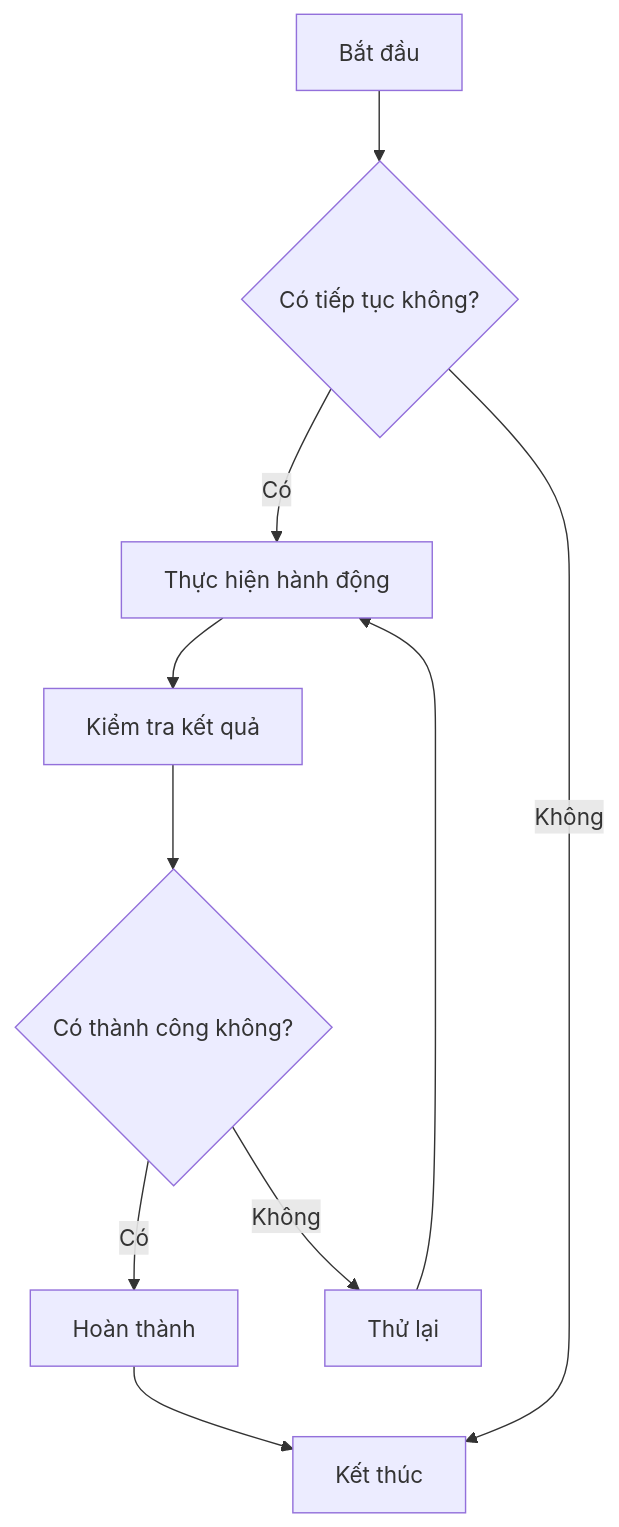
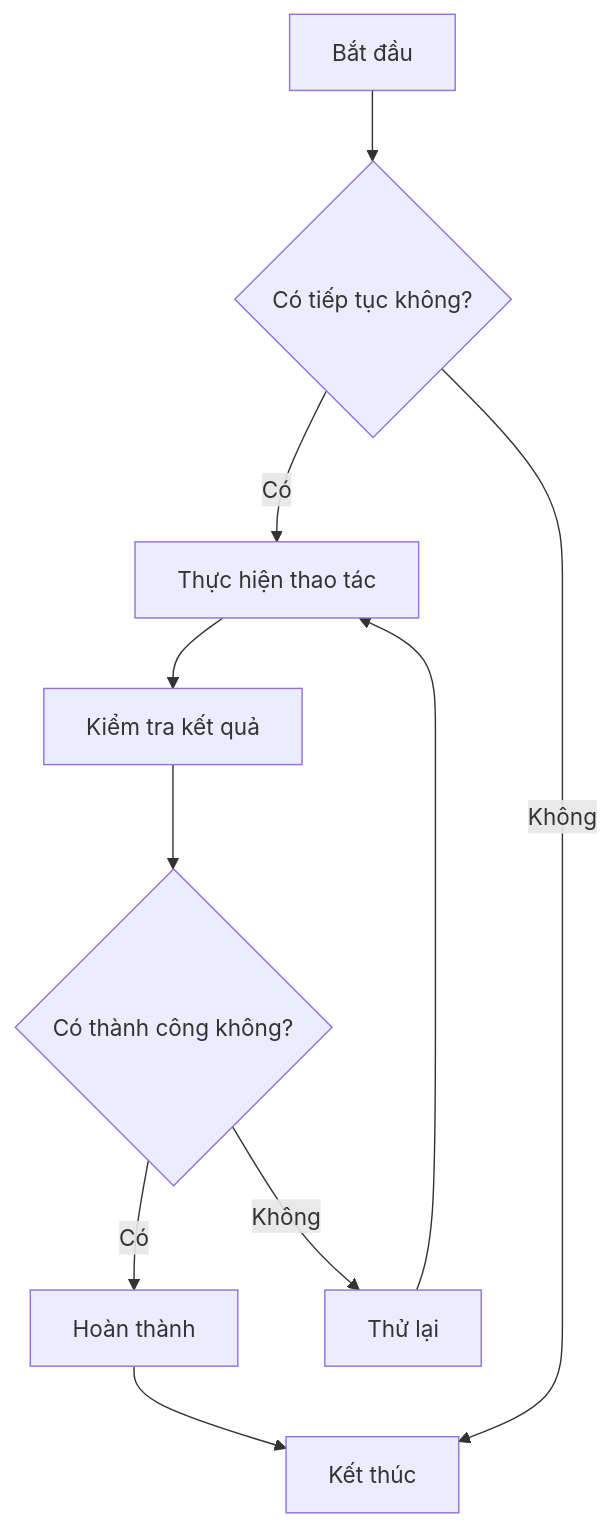
Before and after one commit to zccz14/CZON: the first of 7 diagrams in .czon/src/vi-VN/8938d6aac9c056c06137a041b8e82379bfb619bb6d435b9ecec515337dd0cd69.md, drawn with Mermaid. The commit also changed other lines of this file and 148 other files, not shown here.

````diff
--- a/.czon/src/vi-VN/8938d6aac9c056c06137a041b8e82379bfb619bb6d435b9ecec515337dd0cd69.md
+++ b/.czon/src/vi-VN/8938d6aac9c056c06137a041b8e82379bfb619bb6d435b9ecec515337dd0cd69.md
@@ -23,12 +22,12 @@
 ```mermaid
 graph TD
     A[Bắt đầu] --> B{Có tiếp tục không?}
-    B -->|Có| C[Thực hiện hành động]
+    B -->|Có| C[Thực hiện thao tác]
     B -->|Không| D[Kết thúc]
     C --> E[Kiểm tra kết quả]
     E --> F{Có thành công không?}
     F -->|Có| G[Hoàn thành]
     F -->|Không| H[Thử lại]
     H --> C
     G --> D
 ```
````
